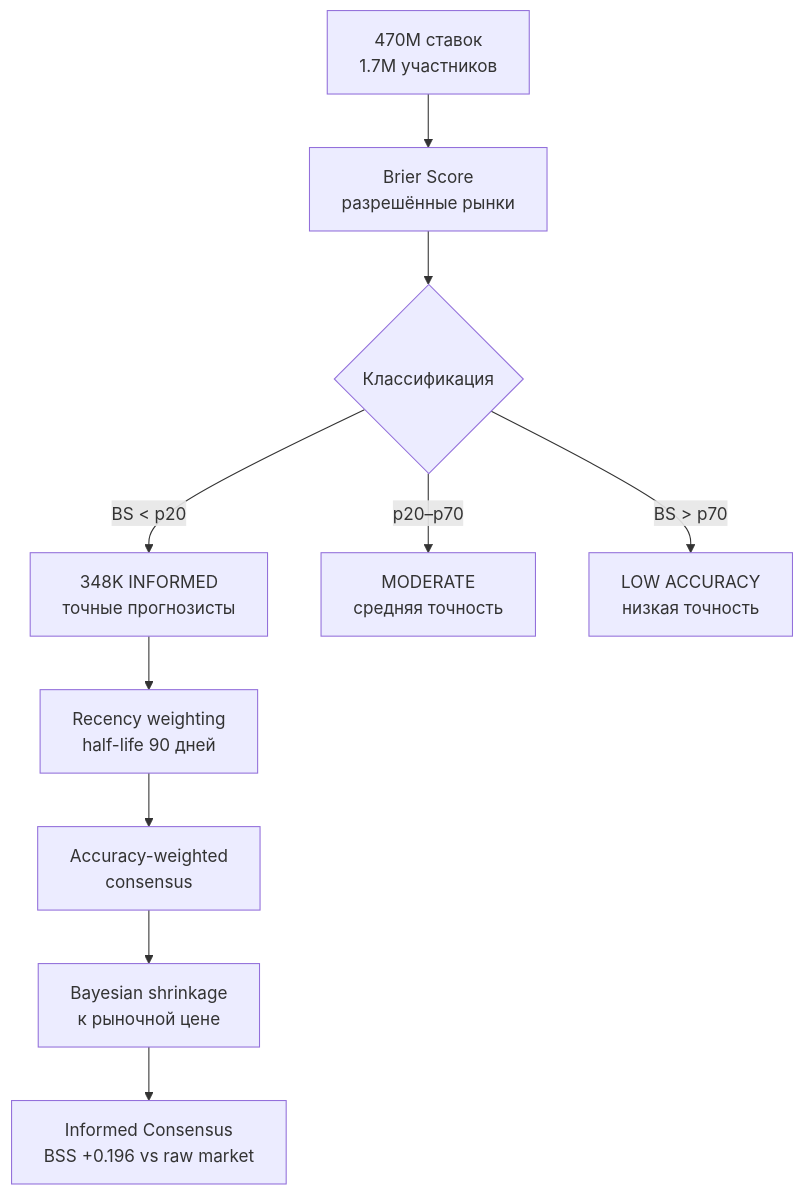
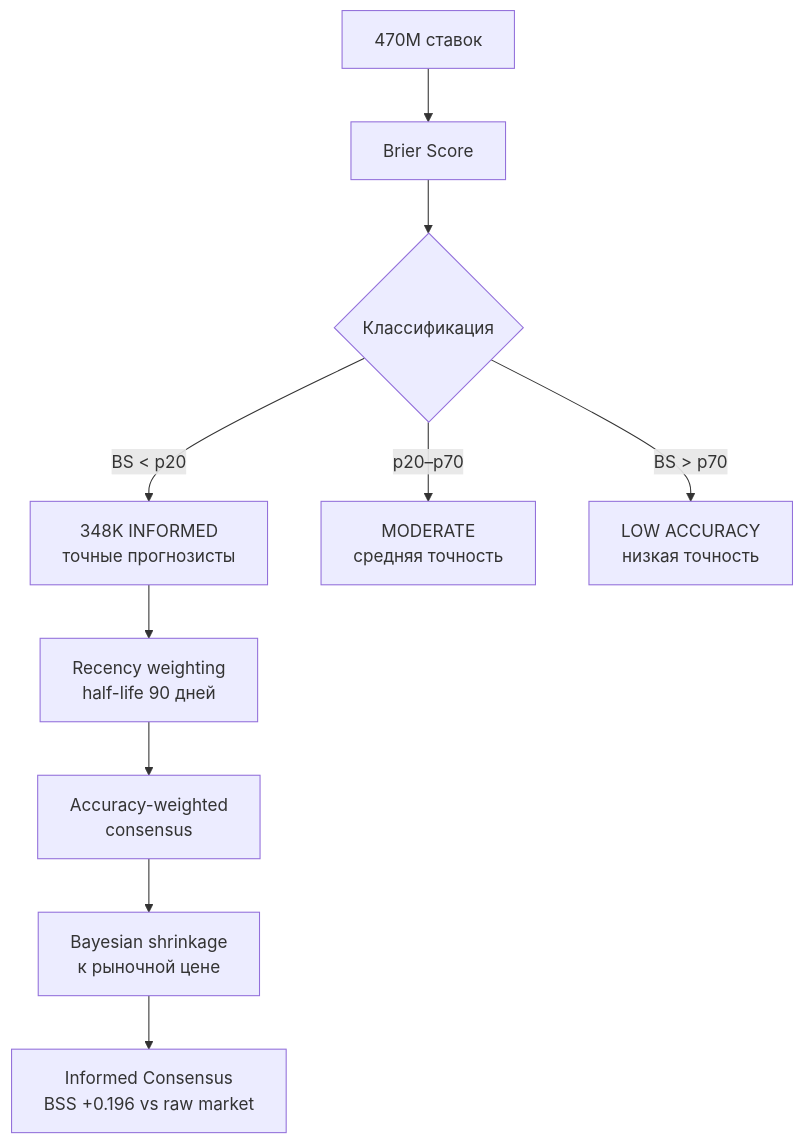
Before and after one commit to Antopkin/delphi-press: the second of 2 diagrams in README.md, drawn with Mermaid. The commit also changed 1 other file, not shown here.

Commit message:
fix: shorten Mermaid labels further, add phase colors to stage details
- Wisdom mermaid: shortened all node labels to prevent text overflow
- Stages details block: added color-coded border-l markers matching
  the pipeline phases (green/blue/purple/amber)

````diff
--- a/README.md
+++ b/README.md
@@ -165,12 +165,12 @@
 ```mermaid
 flowchart TD
-    A["470M ставок<br/>1.7M участников"] --> B["Brier Score<br/>разрешённые рынки"]
+    A["470M ставок"] --> B["Brier Score"]
     B --> C{"Классификация"}
     C -->|"BS < p20"| D["348K INFORMED<br/>точные прогнозисты"]
     C -->|"p20–p70"| E["MODERATE<br/>средняя точность"]
     C -->|"BS > p70"| F["LOW ACCURACY<br/>низкая точность"]
     D --> G["Recency weighting<br/>half-life 90 дней"]
     G --> H["Accuracy-weighted<br/>consensus"]
     H --> I["Bayesian shrinkage<br/>к рыночной цене"]
     I --> J["Informed Consensus<br/>BSS +0.196 vs raw market"]
 ```
````
